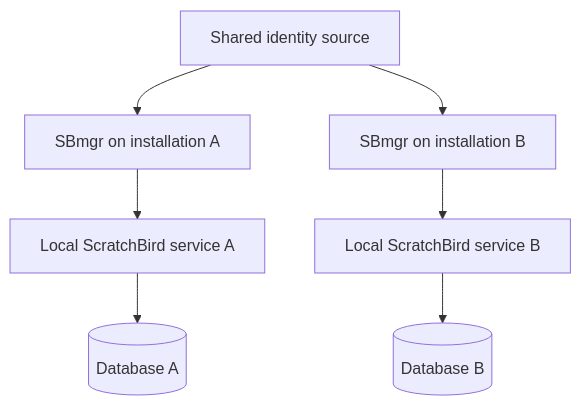
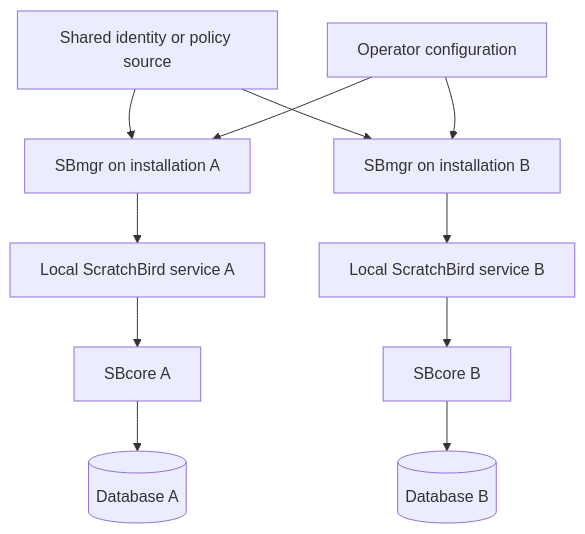
One commit to scratchbird-software-inc/ScratchBird changed the first of 2 diagrams in docs/documentation/draft/Getting_Started/operating_modes/group_deployment.md. Above: the diagram before and after it, drawn with Mermaid. The commit also changed other lines of this file and 23 other files, not shown here.

````diff
--- a/docs/documentation/draft/Getting_Started/operating_modes/group_deployment.md
+++ b/docs/documentation/draft/Getting_Started/operating_modes/group_deployment.md
@@ -11,17 +11,24 @@
 ```mermaid
 flowchart TB
-    Identity[Shared identity source]
+    Identity[Shared identity or policy source]
+    Operator[Operator configuration]
     ManagerA[SBmgr on installation A]
     ManagerB[SBmgr on installation B]
     ServiceA[Local ScratchBird service A]
     ServiceB[Local ScratchBird service B]
+    EngineA[SBcore A]
+    EngineB[SBcore B]
     DBA[(Database A)]
     DBB[(Database B)]
 
     Identity --> ManagerA
     Identity --> ManagerB
+    Operator --> ManagerA
+    Operator --> ManagerB
     ManagerA --> ServiceA
     ManagerB --> ServiceB
-    ServiceA --> DBA
-    ServiceB --> DBB
+    ServiceA --> EngineA
+    ServiceB --> EngineB
+    EngineA --> DBA
+    EngineB --> DBB
 ```
````
